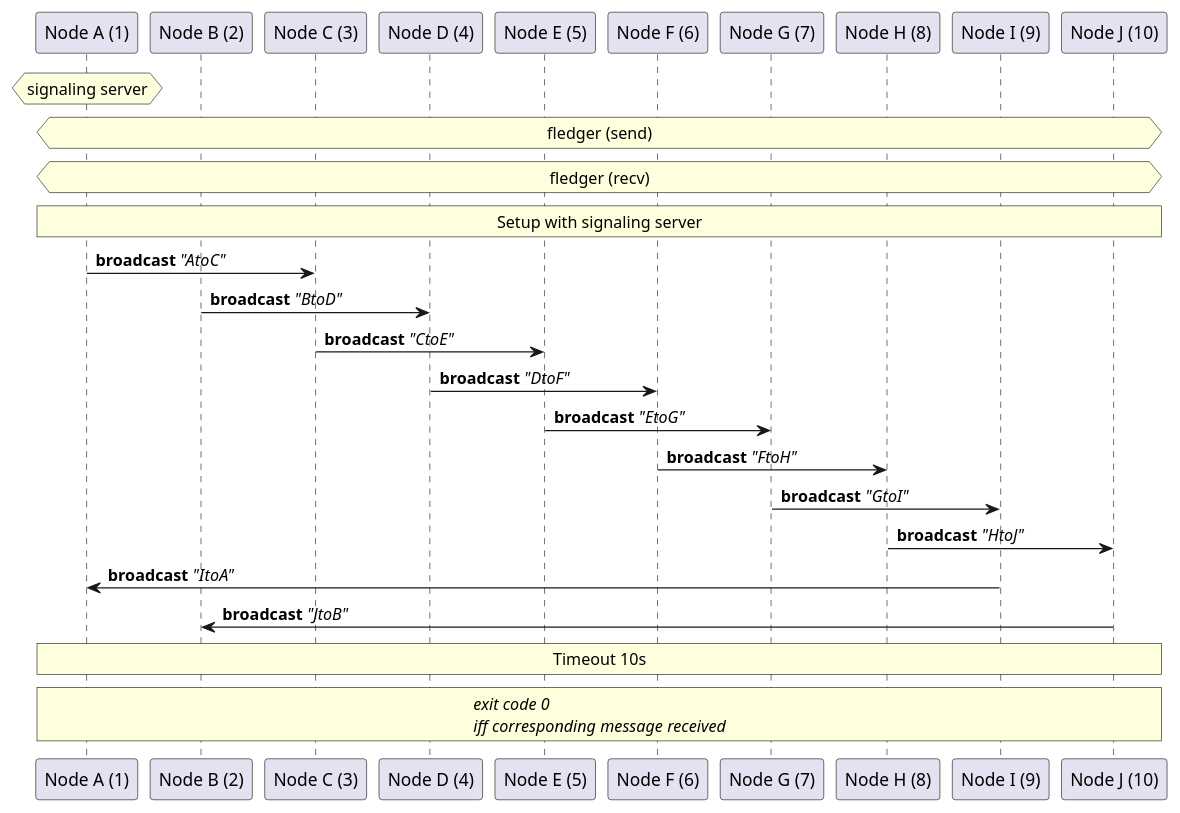
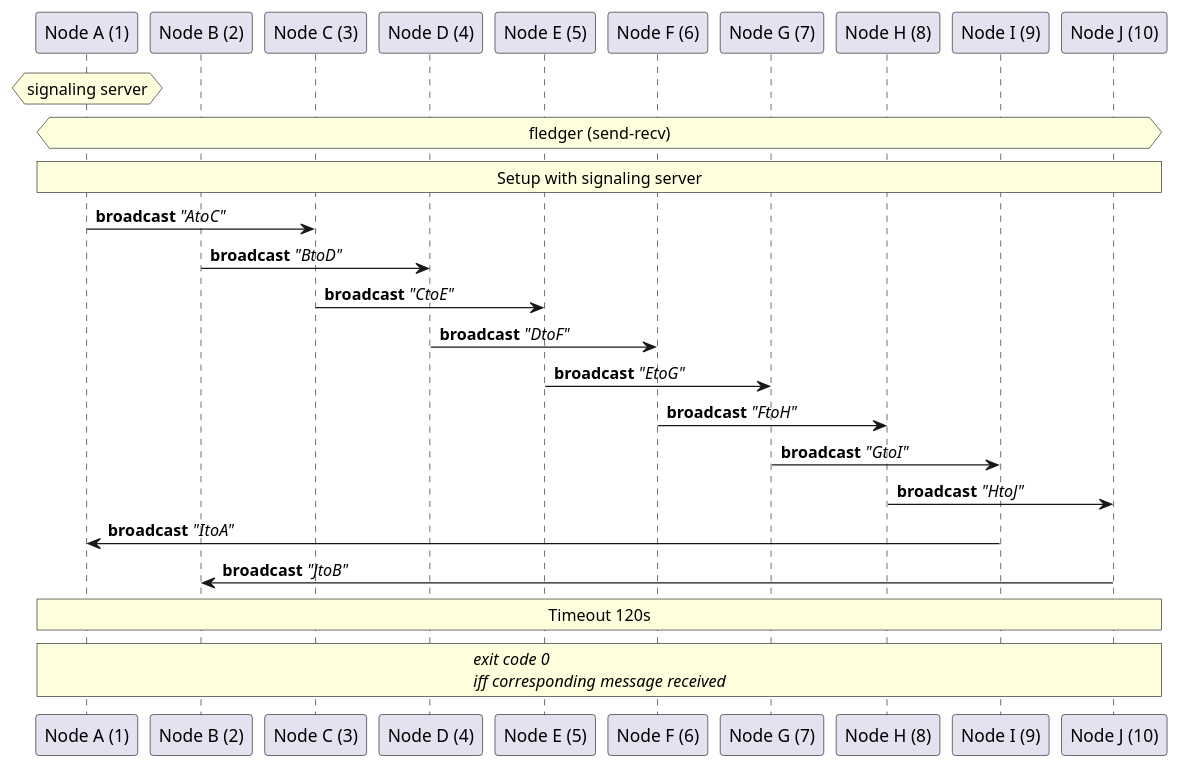
One commit to ineiti/fledger changed the diagram in experiments/exp2-dummy10/explanation.puml. Above: the diagram before and after it, drawn with PlantUML. The commit also changed 8 other files, not shown here.

```diff
--- a/experiments/exp2-dummy10/explanation.puml
+++ b/experiments/exp2-dummy10/explanation.puml
@@ -1,42 +1,39 @@
 @startuml
 participant "Node A (1)" as A
 participant "Node B (2)" as B
 participant "Node C (3)" as C
 participant "Node D (4)" as D
 participant "Node E (5)" as E
 participant "Node F (6)" as F
 participant "Node G (7)" as G
 participant "Node H (8)" as H
 participant "Node I (9)" as I
 participant "Node J (10)" as J
 
 hnote over A: signaling server
 hnote across
-  fledger (send)
-endhnote
-hnote across
-  fledger (recv)
+  fledger (send-recv)
 endhnote
 rnote across
   Setup with signaling server
 endrnote
 
 A -> C: **broadcast** //"AtoC"//
 B -> D: **broadcast** //"BtoD"//
 C -> E: **broadcast** //"CtoE"//
 D -> F: **broadcast** //"DtoF"//
 E -> G: **broadcast** //"EtoG"//
 F -> H: **broadcast** //"FtoH"//
 G -> I: **broadcast** //"GtoI"//
 H -> J: **broadcast** //"HtoJ"//
 I -> A: **broadcast** //"ItoA"//
 J -> B: **broadcast** //"JtoB"//
 
 rnote across
-  Timeout 10s
+  Timeout 120s
 endrnote
 rnote across
   //exit code 0//
   //iff corresponding message received//
 endrnote
 @enduml
```
